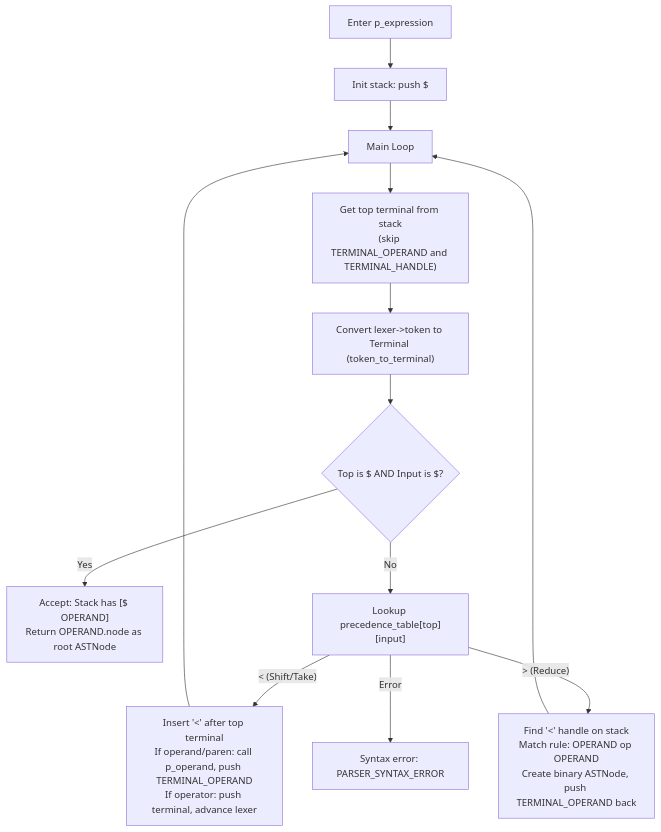
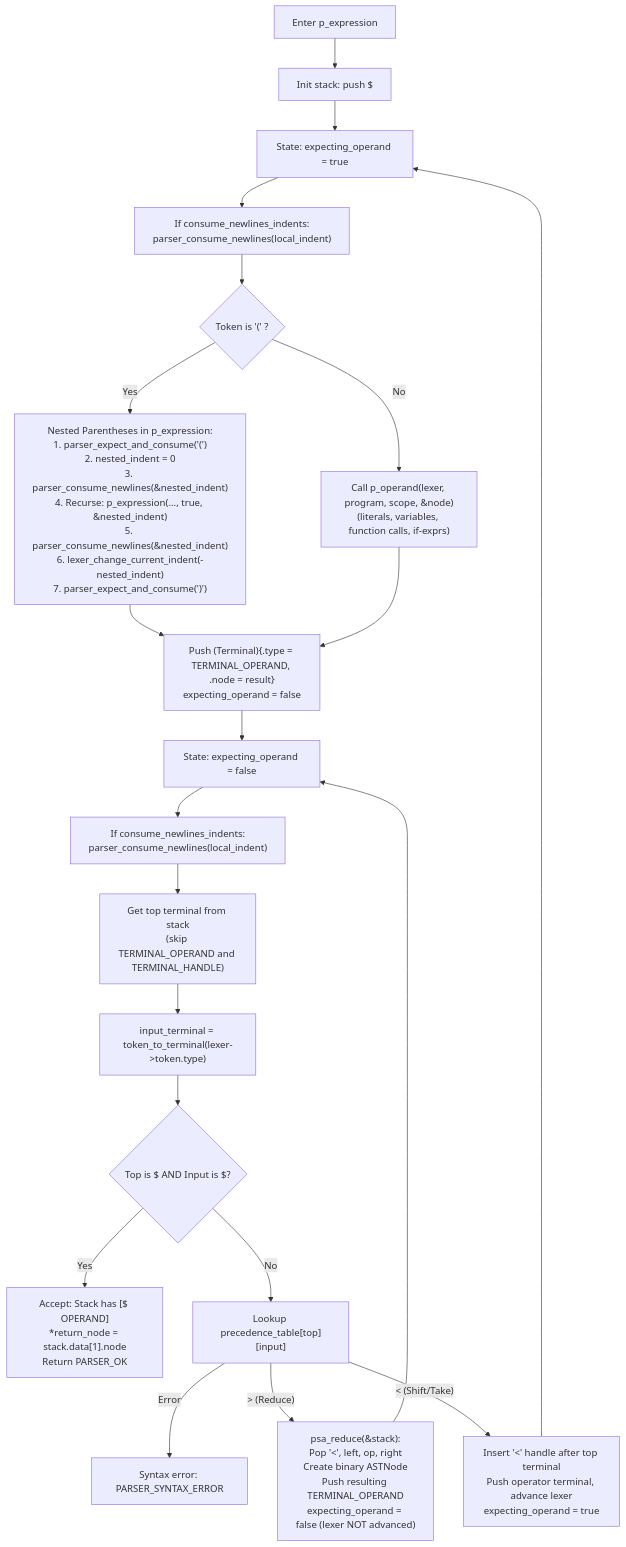
The diagram in prec_spec.md (phuid/ifj26-compiler), drawn with Mermaid before and after one commit. The commit also changed other lines of this file and 3 other files, not shown here.

````diff
--- a/prec_spec.md
+++ b/prec_spec.md
@@ -15,17 +42,31 @@
 ```mermaid
 flowchart TD
     Start["Enter p_expression"] --> InitStack["Init stack: push $"]
-    InitStack --> Loop["Main Loop"]
-    Loop --> TopTerm["Get top terminal from stack<br/>(skip TERMINAL_OPERAND and TERMINAL_HANDLE)"]
-    TopTerm --> InputTerm["Convert lexer->token to Terminal (token_to_terminal)"]
+    InitStack --> StateOp["State: expecting_operand = true"]
+
+    StateOp --> ConsumeNewlinesOp["If consume_newlines_indents:<br/>parser_consume_newlines(local_indent)"]
+    ConsumeNewlinesOp --> CheckParen{"Token is '(' ?"}
+
+    CheckParen -- Yes --> NestedParen["Nested Parentheses in p_expression:<br/>1. parser_expect_and_consume('(')<br/>2. nested_indent = 0<br/>3. parser_consume_newlines(&nested_indent)<br/>4. Recurse: p_expression(..., true, &nested_indent)<br/>5. parser_consume_newlines(&nested_indent)<br/>6. lexer_change_current_indent(-nested_indent)<br/>7. parser_expect_and_consume(')')"]
+    CheckParen -- No --> AtomicOp["Call p_operand(lexer, program, scope, &node)<br/>(literals, variables, function calls, if-exprs)"]
+
+    NestedParen --> PushOperand["Push (Terminal){.type = TERMINAL_OPERAND, .node = result}<br/>expecting_operand = false"]
+    AtomicOp --> PushOperand
+
+    PushOperand --> StateAfterOp["State: expecting_operand = false"]
+    StateAfterOp --> ConsumeNewlinesAfter["If consume_newlines_indents:<br/>parser_consume_newlines(local_indent)"]
+
+    ConsumeNewlinesAfter --> TopTerm["Get top terminal from stack<br/>(skip TERMINAL_OPERAND and TERMINAL_HANDLE)"]
+    TopTerm --> InputTerm["input_terminal = token_to_terminal(lexer->token.type)"]
     InputTerm --> CheckFinish{"Top is $ AND Input is $?"}
-    CheckFinish -- Yes --> Success["Accept: Stack has [$ OPERAND]<br/>Return OPERAND.node as root ASTNode"]
+
+    CheckFinish -- Yes --> Success["Accept: Stack has [$ OPERAND]<br/>*return_node = stack.data[1].node<br/>Return PARSER_OK"]
     CheckFinish -- No --> Lookup["Lookup precedence_table[top][input]"]
 
-    Lookup -- "< (Shift/Take)" --> HandleShift["Insert '<' after top terminal<br/>If operand/paren: call p_operand, push TERMINAL_OPERAND<br/>If operator: push terminal, advance lexer"]
-    Lookup -- "> (Reduce)" --> HandleReduce["Find '<' handle on stack<br/>Match rule: OPERAND op OPERAND<br/>Create binary ASTNode, push TERMINAL_OPERAND back"]
+    Lookup -- "< (Shift/Take)" --> HandleShift["Insert '<' handle after top terminal<br/>Push operator terminal, advance lexer<br/>expecting_operand = true"]
+    Lookup -- "> (Reduce)" --> HandleReduce["psa_reduce(&stack):<br/>Pop '<', left, op, right<br/>Create binary ASTNode<br/>Push resulting TERMINAL_OPERAND<br/>expecting_operand = false (lexer NOT advanced)"]
     Lookup -- "Error" --> SyntaxErr["Syntax error: PARSER_SYNTAX_ERROR"]
 
-    HandleShift --> Loop
-    HandleReduce --> Loop
+    HandleShift --> StateOp
+    HandleReduce --> StateAfterOp
 ```
````
